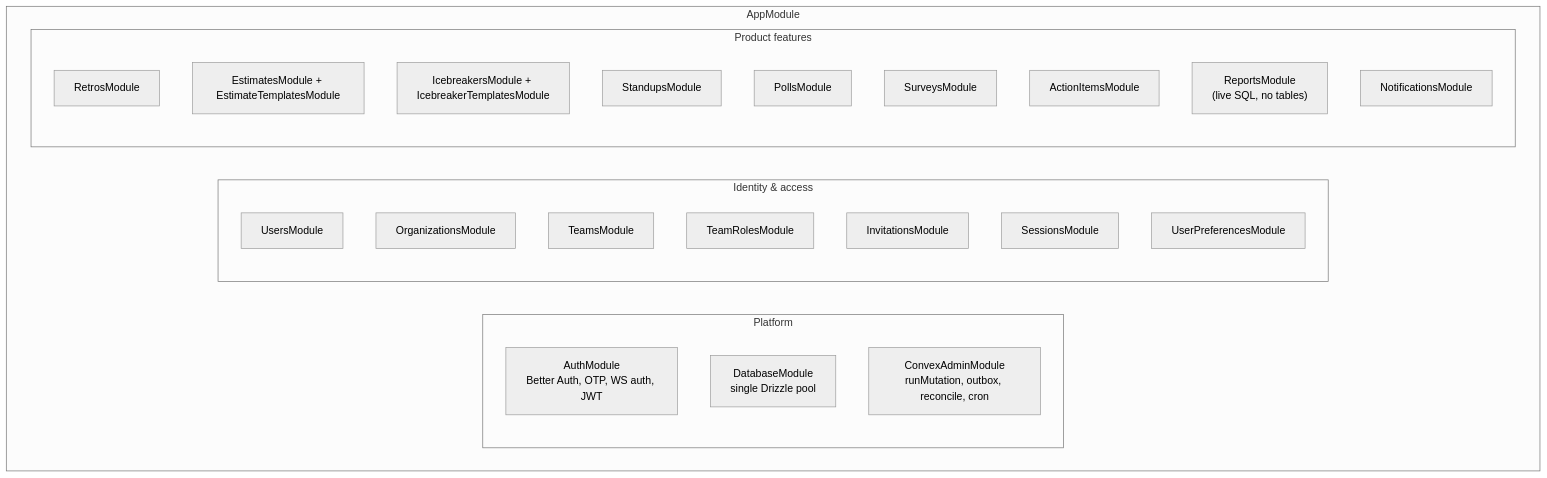
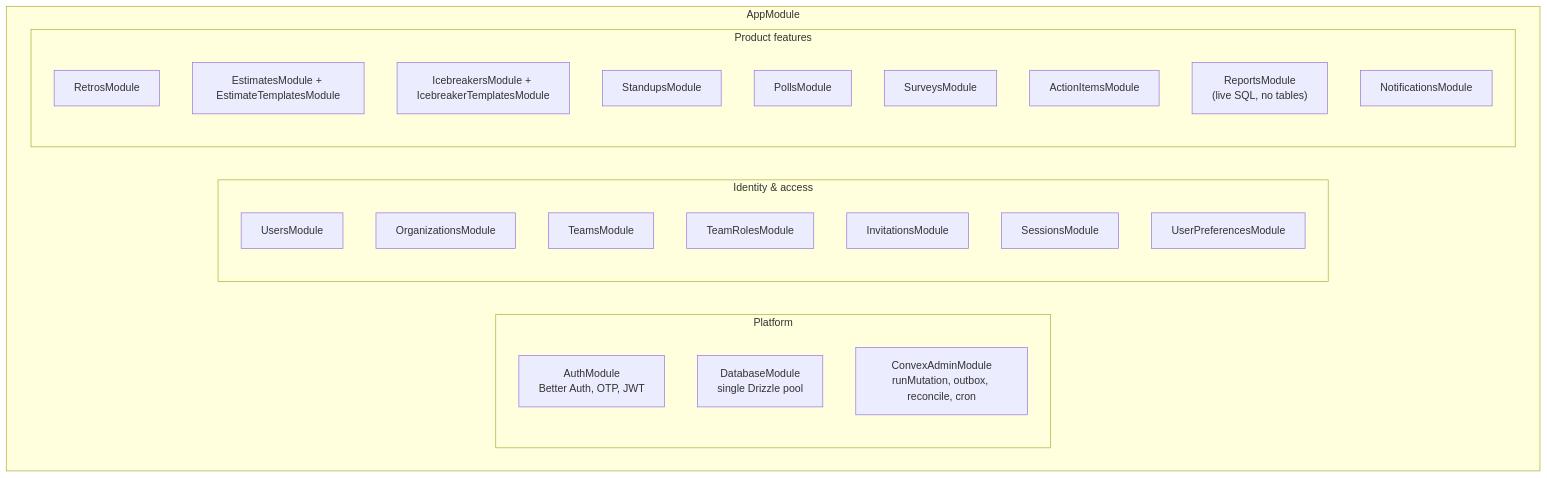
Before and after one commit to kevin-gatimu/retro-tool-v2: the fourth of 5 diagrams in docs/architecture/overview.md, drawn with Mermaid. The commit also changed other lines of this file and 42 other files, not shown here.

````diff
--- a/docs/architecture/overview.md
+++ b/docs/architecture/overview.md
@@ -314,31 +350,30 @@
 ```mermaid
-%%{init: {'theme':'neutral'}}%%
 flowchart TB
     subgraph app["AppModule"]
         subgraph platform["Platform"]
-            auth["AuthModule<br/>Better Auth, OTP, WS auth, JWT"]
+            auth["AuthModule<br/>Better Auth, OTP, JWT"]
             db["DatabaseModule<br/>single Drizzle pool"]
             convexadmin["ConvexAdminModule<br/>runMutation, outbox, reconcile, cron"]
         end
         subgraph identity["Identity & access"]
             users["UsersModule"]
             orgs["OrganizationsModule"]
             teams["TeamsModule"]
             teamroles["TeamRolesModule"]
             invites["InvitationsModule"]
             sessions["SessionsModule"]
             prefs["UserPreferencesModule"]
         end
         subgraph product["Product features"]
             retros["RetrosModule"]
             estimates["EstimatesModule + EstimateTemplatesModule"]
             icebreakers["IcebreakersModule + IcebreakerTemplatesModule"]
             standups["StandupsModule"]
             polls["PollsModule"]
             surveys["SurveysModule"]
             actions["ActionItemsModule"]
             reports["ReportsModule<br/>(live SQL, no tables)"]
             notifications["NotificationsModule"]
         end
     end
 ```
````
